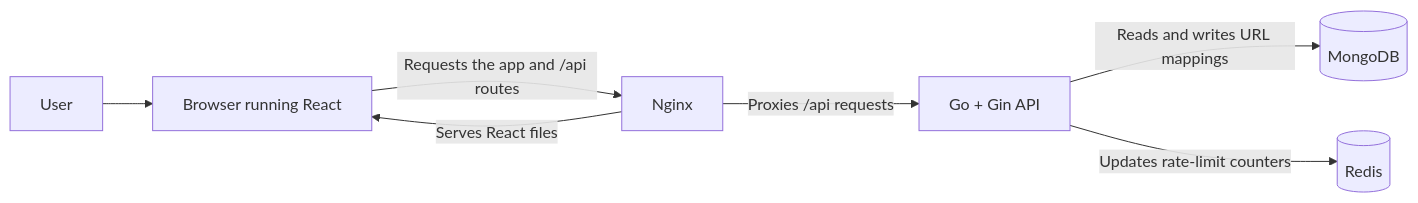
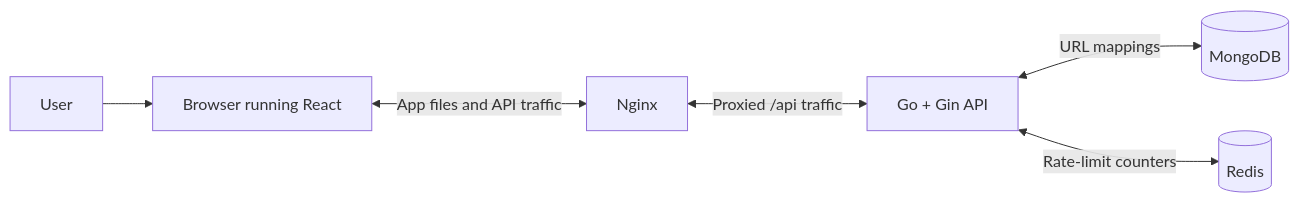
The diagram in README.md (ErenKarakus1/URL-Shortener), drawn with Mermaid before and after one commit.

Commit message:
docs: clarify architecture traffic flow

````diff
--- a/README.md
+++ b/README.md
@@ -15,9 +15,10 @@
 ```mermaid
 flowchart LR
     User[User] --> Browser[Browser running React]
-    Browser -->|Requests the app and /api routes| Nginx[Nginx]
-    Nginx -->|Serves React files| Browser
-    Nginx -->|Proxies /api requests| Backend[Go + Gin API]
-    Backend -->|Reads and writes URL mappings| MongoDB[(MongoDB)]
-    Backend -->|Updates rate-limit counters| Redis[(Redis)]
+
+    Browser <-->|App files and API traffic| Nginx[Nginx]
+    Nginx <-->|Proxied /api traffic| Backend[Go + Gin API]
+
+    Backend <-->|URL mappings| MongoDB[(MongoDB)]
+    Backend <-->|Rate-limit counters| Redis[(Redis)]
 ```
````
